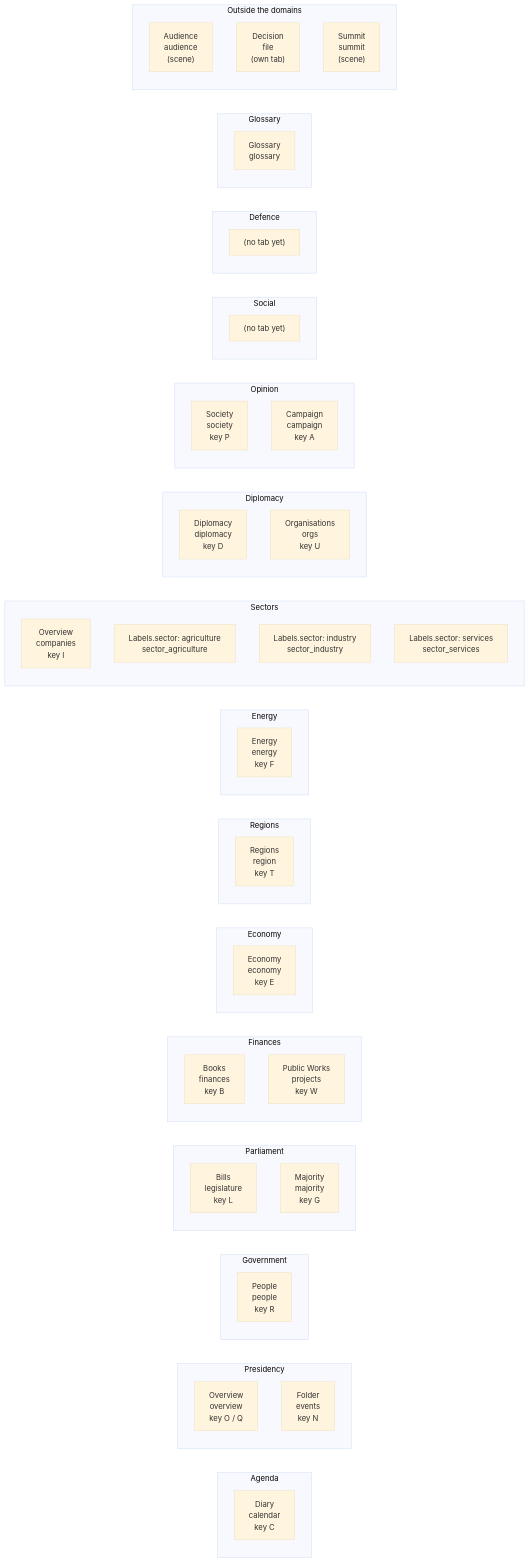
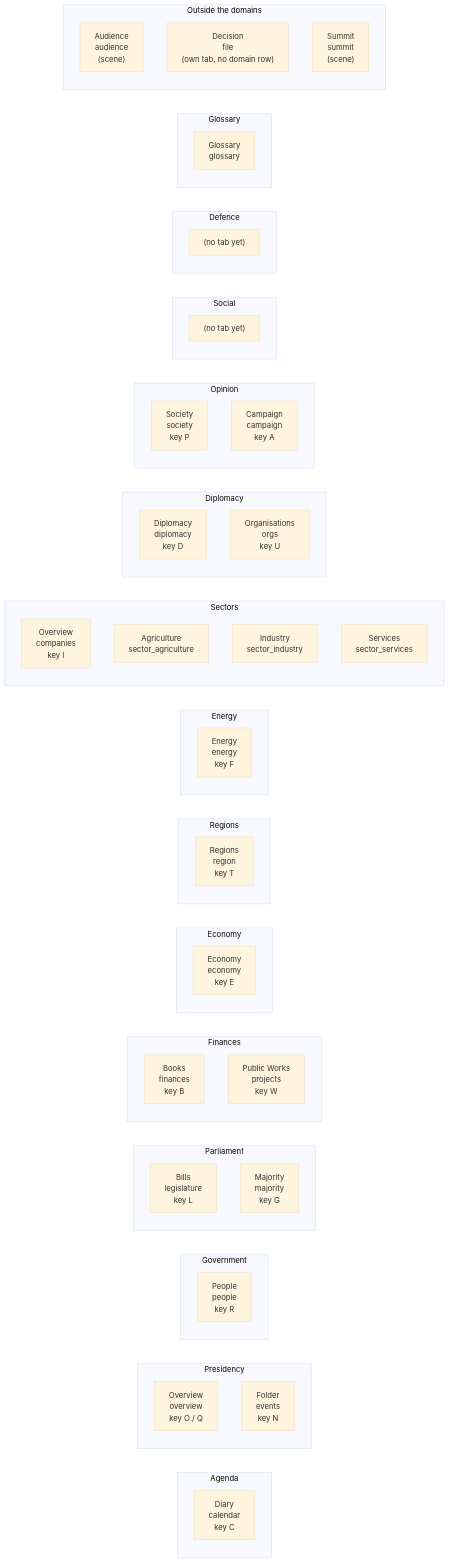
The diagram in docs/ui-map.md (powerbassist/World-simulator), drawn with Mermaid (base theme) before and after one commit. The commit also changed other lines of this file and 3 other files, not shown here.

````diff
--- a/docs/ui-map.md
+++ b/docs/ui-map.md
@@ -17,73 +17,73 @@
 ```mermaid
 flowchart LR
   subgraph d_agenda["Agenda"]
     direction TB
     w_calendar["Diary<br/>calendar<br/>key C"]
   end
   subgraph d_presidency["Presidency"]
     direction TB
     w_overview["Overview<br/>overview<br/>key O / Q"]
     w_events["Folder<br/>events<br/>key N"]
   end
   subgraph d_government["Government"]
     direction TB
     w_people["People<br/>people<br/>key R"]
   end
   subgraph d_parliament["Parliament"]
     direction TB
     w_legislature["Bills<br/>legislature<br/>key L"]
     w_majority["Majority<br/>majority<br/>key G"]
   end
   subgraph d_finances["Finances"]
     direction TB
     w_finances["Books<br/>finances<br/>key B"]
     w_projects["Public Works<br/>projects<br/>key W"]
   end
   subgraph d_economy["Economy"]
     direction TB
     w_economy["Economy<br/>economy<br/>key E"]
   end
   subgraph d_territory["Regions"]
     direction TB
     w_region["Regions<br/>region<br/>key T"]
   end
   subgraph d_energy["Energy"]
     direction TB
     w_energy["Energy<br/>energy<br/>key F"]
   end
   subgraph d_sectors["Sectors"]
     direction TB
     w_companies["Overview<br/>companies<br/>key I"]
-    w_sector_agriculture["Labels.sector: agriculture<br/>sector_agriculture"]
-    w_sector_industry["Labels.sector: industry<br/>sector_industry"]
-    w_sector_services["Labels.sector: services<br/>sector_services"]
+    w_sector_agriculture["Agriculture<br/>sector_agriculture"]
+    w_sector_industry["Industry<br/>sector_industry"]
+    w_sector_services["Services<br/>sector_services"]
   end
   subgraph d_diplomacy["Diplomacy"]
     direction TB
     w_diplomacy["Diplomacy<br/>diplomacy<br/>key D"]
     w_orgs["Organisations<br/>orgs<br/>key U"]
   end
   subgraph d_opinion["Opinion"]
     direction TB
     w_society["Society<br/>society<br/>key P"]
     w_campaign["Campaign<br/>campaign<br/>key A"]
   end
   subgraph d_social["Social"]
     direction TB
     social_none["(no tab yet)"]
   end
   subgraph d_defence["Defence"]
     direction TB
     defence_none["(no tab yet)"]
   end
   subgraph d_glossary["Glossary"]
     direction TB
     w_glossary["Glossary<br/>glossary"]
   end
   subgraph outside["Outside the domains"]
     direction TB
     w_audience["Audience<br/>audience<br/>(scene)"]
-    w_file["Decision<br/>file<br/>(own tab)"]
+    w_file["Decision<br/>file<br/>(own tab, no domain row)"]
     w_summit["Summit<br/>summit<br/>(scene)"]
   end
 ```
````
